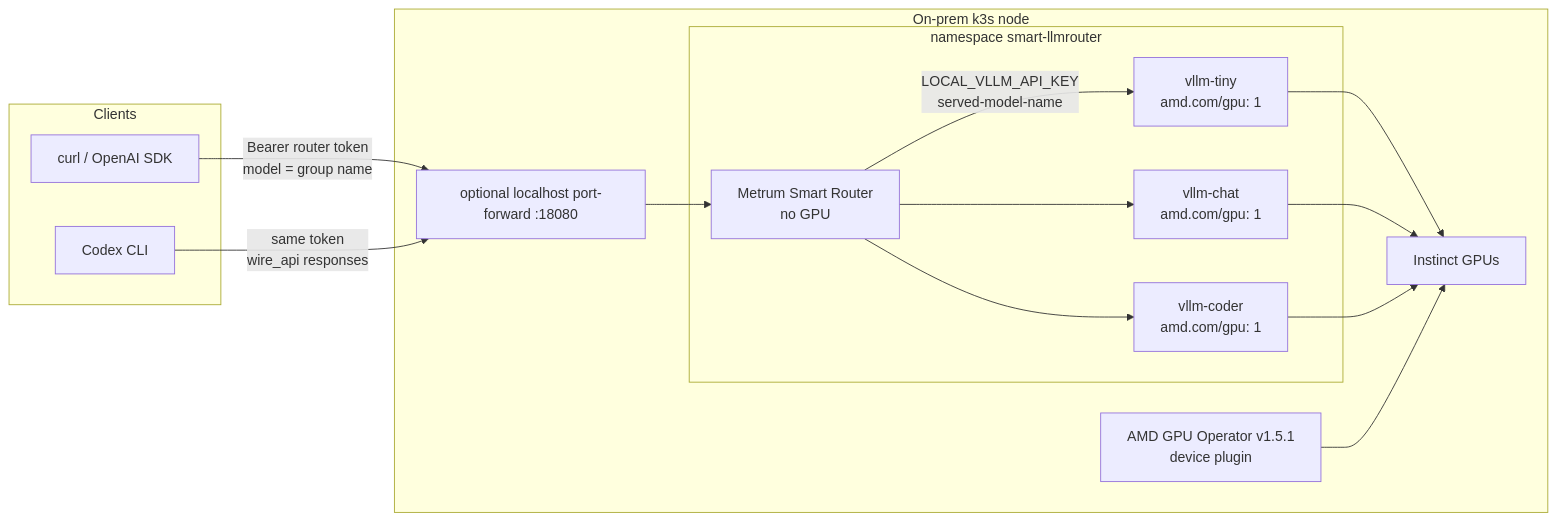
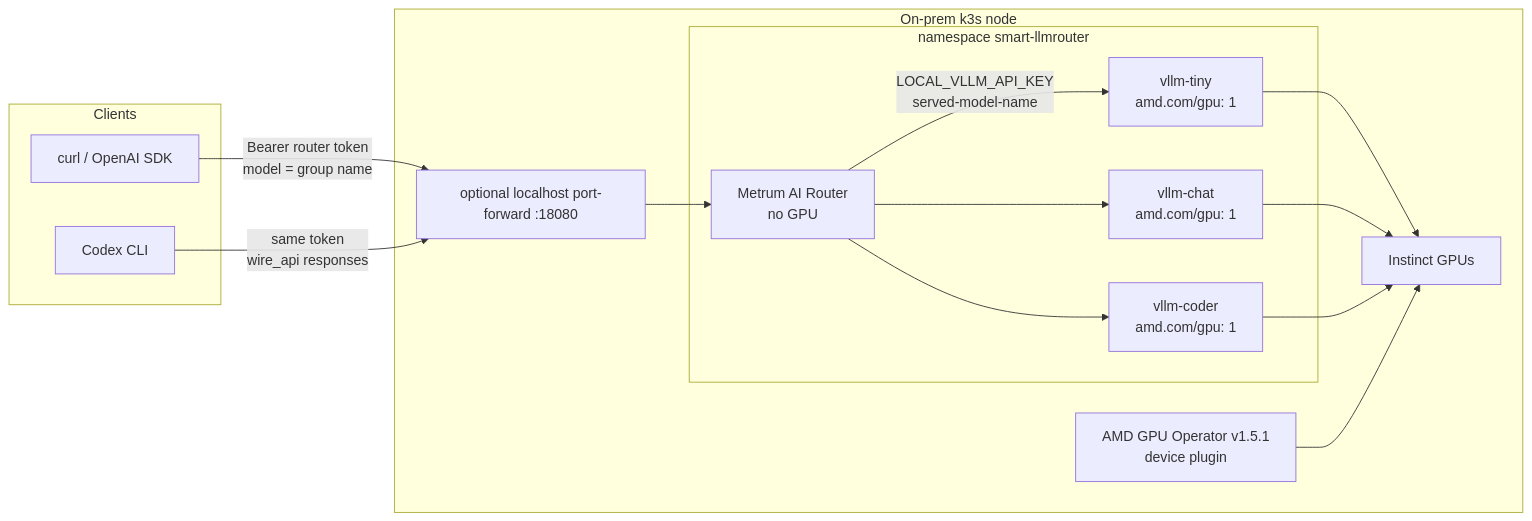
The diagram in docs/K3S_AMD_INSTINCT_LOCAL_SERVING_E2E.md (Metrum-AI-Products/genai-smart-router), drawn with Mermaid before and after one commit. The commit also changed other lines of this file and 92 other files, not shown here.

First line of the commit message:
docs: converge product name on Metrum AI Router (#120)

````diff
--- a/docs/K3S_AMD_INSTINCT_LOCAL_SERVING_E2E.md
+++ b/docs/K3S_AMD_INSTINCT_LOCAL_SERVING_E2E.md
@@ -26,30 +26,30 @@
 ```mermaid
 flowchart LR
   subgraph clients [Clients]
     Curl[curl / OpenAI SDK]
     Codex[Codex CLI]
   end
 
   subgraph node [On-prem k3s node]
     PF[optional localhost port-forward :18080]
     subgraph ns [namespace smart-llmrouter]
-      R[Metrum Smart Router<br/>no GPU]
+      R[Metrum AI Router<br/>no GPU]
       T[vllm-tiny<br/>amd.com/gpu: 1]
       C[vllm-chat<br/>amd.com/gpu: 1]
       D[vllm-coder<br/>amd.com/gpu: 1]
     end
     GPUOp[AMD GPU Operator v1.5.1<br/>device plugin]
     GPUs[Instinct GPUs]
   end
 
   Curl -->|Bearer router token<br/>model = group name| PF
   Codex -->|same token<br/>wire_api responses| PF
   PF --> R
   R -->|LOCAL_VLLM_API_KEY<br/>served-model-name| T
   R --> C
   R --> D
   T --> GPUs
   C --> GPUs
   D --> GPUs
   GPUOp --> GPUs
 ```
````
